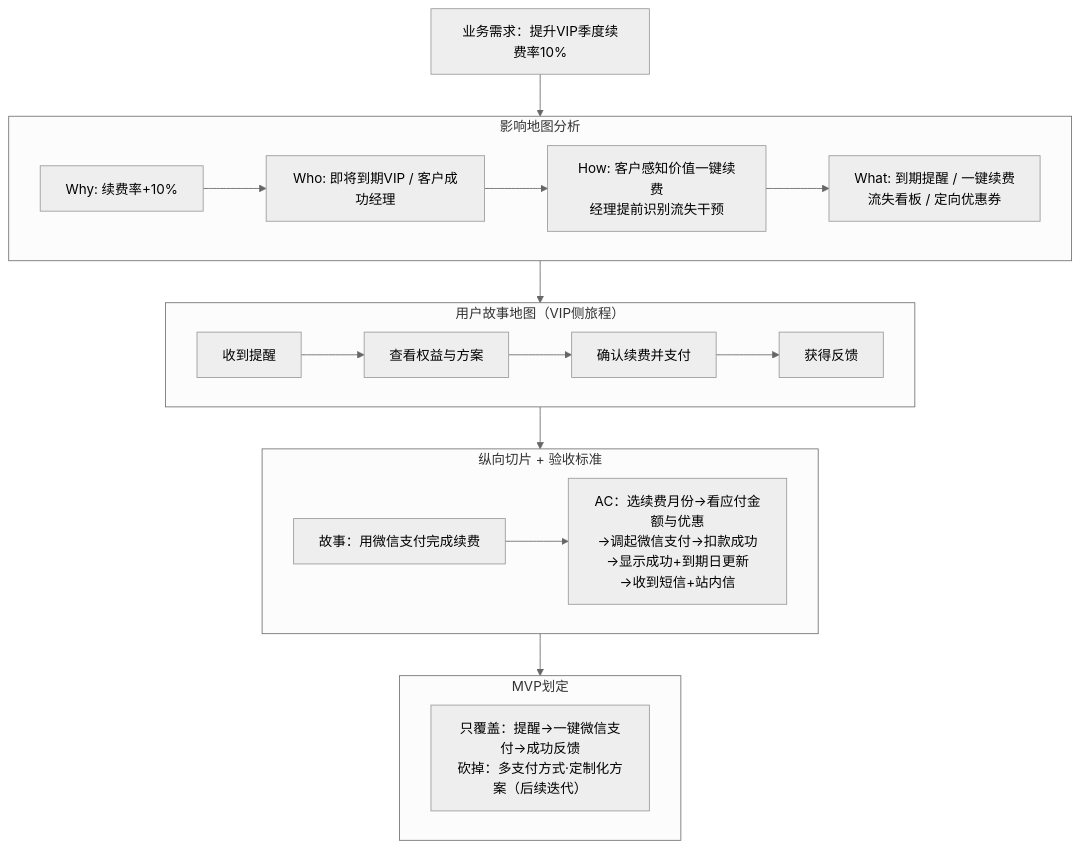
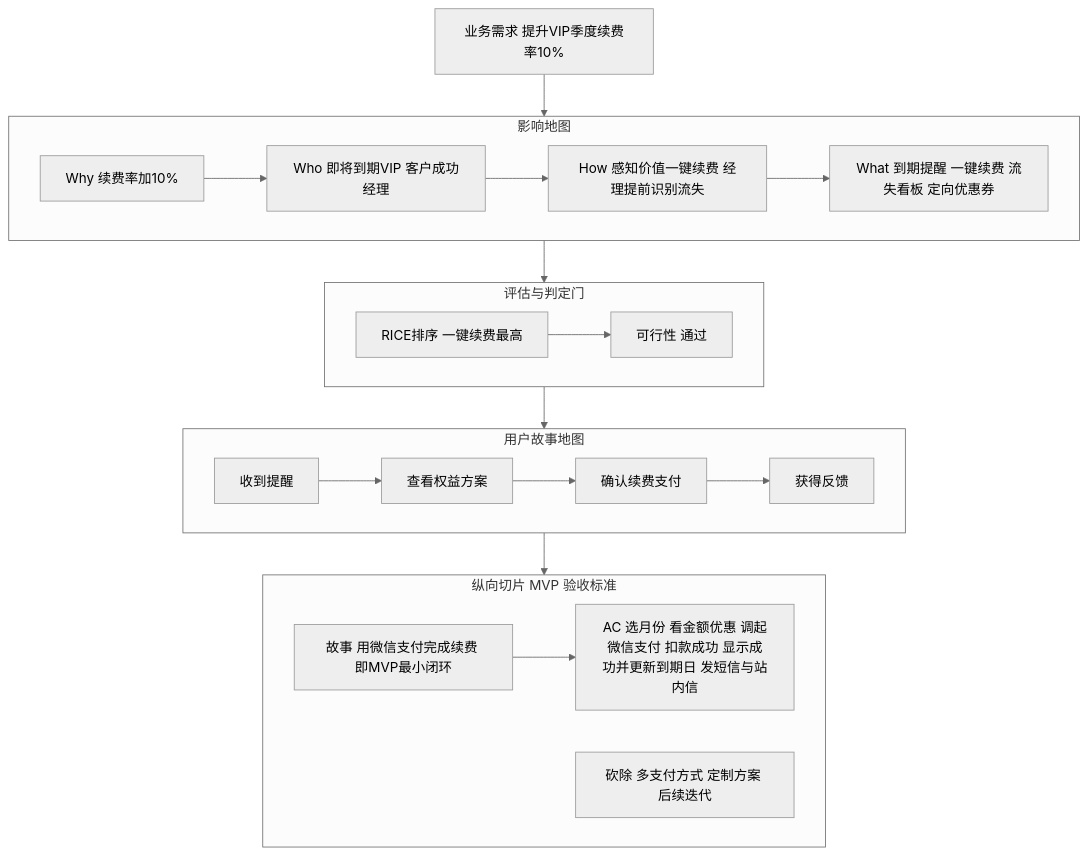
The seventh of 7 diagrams in 计算机相关学习/需求/需求拆分和需求分析.md (Sj-g/obsidian), drawn with Mermaid (neutral theme) before and after one commit. The commit also changed other lines of this file and 4 other files, not shown here.

````diff
--- a/计算机相关学习/需求/需求拆分和需求分析.md
+++ b/计算机相关学习/需求/需求拆分和需求分析.md
@@ -204,28 +264,26 @@
 ```mermaid
 flowchart TD
-    BIZ["业务需求：提升VIP季度续费率10%"]
-
-    subgraph IM["影响地图分析"]
-        why["Why: 续费率+10%"]
-        who["Who: 即将到期VIP / 客户成功经理"]
-        how["How: 客户感知价值一键续费<br/>经理提前识别流失干预"]
-        what["What: 到期提醒 / 一键续费<br/>流失看板 / 定向优惠券"]
+    BIZ["业务需求 提升VIP季度续费率10%"]
+    subgraph IM["影响地图"]
+        why["Why 续费率加10%"]
+        who["Who 即将到期VIP 客户成功经理"]
+        how["How 感知价值一键续费 经理提前识别流失"]
+        what["What 到期提醒 一键续费 流失看板 定向优惠券"]
         why --> who --> how --> what
     end
-
-    subgraph MAP["用户故事地图（VIP侧旅程）"]
-        j1["收到提醒"] --> j2["查看权益与方案"] --> j3["确认续费并支付"] --> j4["获得反馈"]
+    subgraph EVAL["评估与判定门"]
+        rice["RICE排序 一键续费最高"]
+        feas["可行性 通过"]
+        rice --> feas
     end
-
-    subgraph SLICE["纵向切片 + 验收标准"]
-        story["故事：用微信支付完成续费"]
-        ac["AC：选续费月份→看应付金额与优惠<br/>→调起微信支付→扣款成功<br/>→显示成功+到期日更新<br/>→收到短信+站内信"]
+    subgraph MAP["用户故事地图"]
+        j1["收到提醒"] --> j2["查看权益方案"] --> j3["确认续费支付"] --> j4["获得反馈"]
+    end
+    subgraph SLICE["纵向切片 MVP 验收标准"]
+        story["故事 用微信支付完成续费 即MVP最小闭环"]
+        ac["AC 选月份 看金额优惠 调起微信支付 扣款成功 显示成功并更新到期日 发短信与站内信"]
         story --> ac
+        cut["砍除 多支付方式 定制方案 后续迭代"]
     end
-
-    subgraph MVP["MVP划定"]
-        mvp["只覆盖：提醒→一键微信支付→成功反馈<br/>砍掉：多支付方式·定制化方案（后续迭代）"]
-    end
-
-    BIZ --> IM --> MAP --> SLICE --> MVP
+    BIZ --> IM --> EVAL --> MAP --> SLICE
 ```
````
